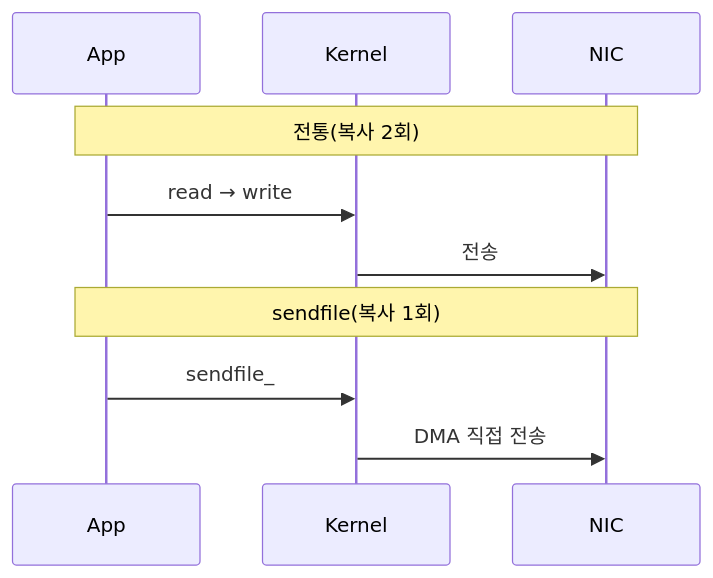
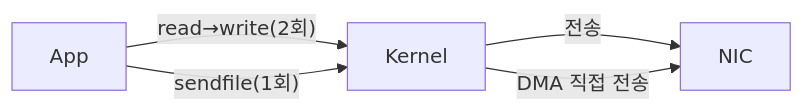
Before and after one commit to yjkim2015/yjkim2015.github.io: the sixth of 18 diagrams in _posts/server/2026-05-01-nginx.md, drawn with Mermaid. The commit also changed other lines of this file and 84 other files, not shown here.

First line of the commit message:
85개 포스트 Mermaid 다이어그램 규칙 일괄 수정

````diff
--- a/_posts/server/2026-05-01-nginx.md
+++ b/_posts/server/2026-05-01-nginx.md
@@ -124,12 +124,7 @@
 ```mermaid
-sequenceDiagram
-    participant A as App
-    participant K as Kernel
-    participant N as NIC
-    Note over A,N: 전통(복사 2회)
-    A->>K: read → write
-    K->>N: 전송
-    Note over A,N: sendfile(복사 1회)
-    A->>K: sendfile_
-    K->>N: DMA 직접 전송
+graph LR
+    A["App"] -->|"read→write(2회)"| K["Kernel"]
+    K -->|"전송"| N["NIC"]
+    A -->|"sendfile(1회)"| K
+    K -->|"DMA 직접 전송"| N
 ```
````
